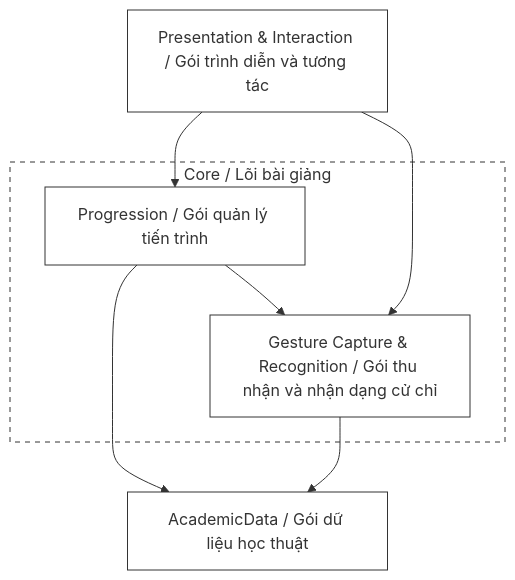
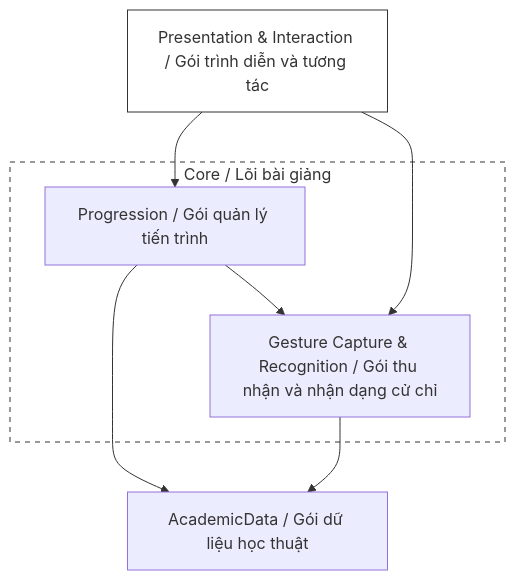
Before and after one commit to MinhTrinh04/ASL: the first of 8 diagrams in docs/DATN/12-Chương_5_Các_giải_pháp_và_đóng_góp_nổi_bật.md, drawn with Mermaid. The commit also changed other lines of this file, not shown here.

````diff
--- a/docs/DATN/12-Chương_5_Các_giải_pháp_và_đóng_góp_nổi_bật.md
+++ b/docs/DATN/12-Chương_5_Các_giải_pháp_và_đóng_góp_nổi_bật.md
@@ -23,26 +23,23 @@
 ```mermaid
 graph TD
     %% Gói bên ngoài
     PresentationInteraction[Presentation & Interaction / Gói trình diễn và tương tác]
     AcademicData[AcademicData / Gói dữ liệu học thuật]
 
     %% Gói Lõi bài giảng ở giữa
     subgraph Core [Core / Lõi bài giảng]
         Progression[Progression / Gói quản lý tiến trình]
         GestureCaptureRecognition[Gesture Capture & Recognition / Gói thu nhận và nhận dạng cử chỉ]
         
         Progression --> GestureCaptureRecognition
     end
 
     %% Mối quan hệ phụ thuộc
     PresentationInteraction --> Progression
     PresentationInteraction --> GestureCaptureRecognition
     Progression --> AcademicData
     GestureCaptureRecognition --> AcademicData
 
     style PresentationInteraction fill:#fff,stroke:#333,stroke-width:1px;
     style Core fill:#fff,stroke:#333,stroke-width:1px,stroke-dasharray: 5 5;
-    style Progression fill:#fff,stroke:#333,stroke-width:1px;
-    style AcademicData fill:#fff,stroke:#333,stroke-width:1px;
-    style GestureCaptureRecognition fill:#fff,stroke:#333,stroke-width:1px;
 ```
````
